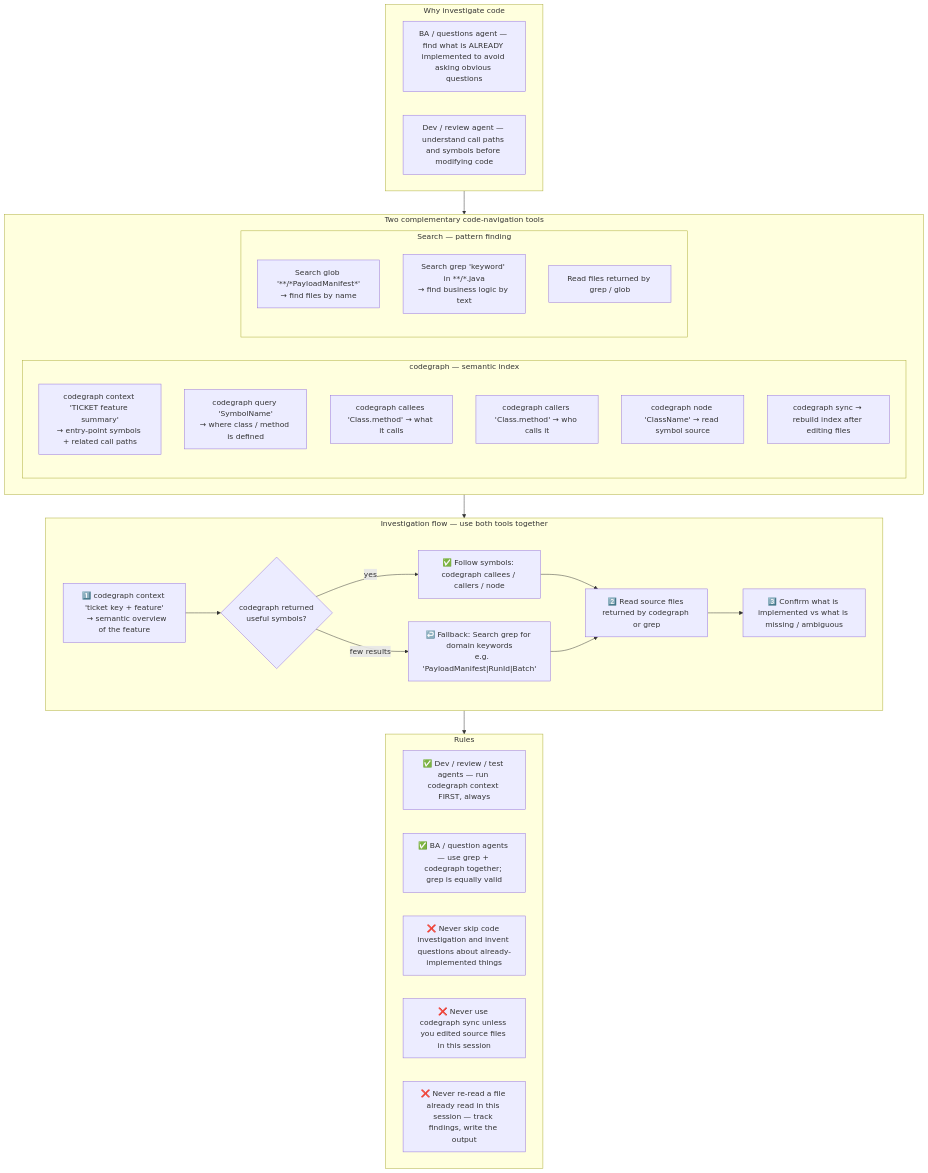
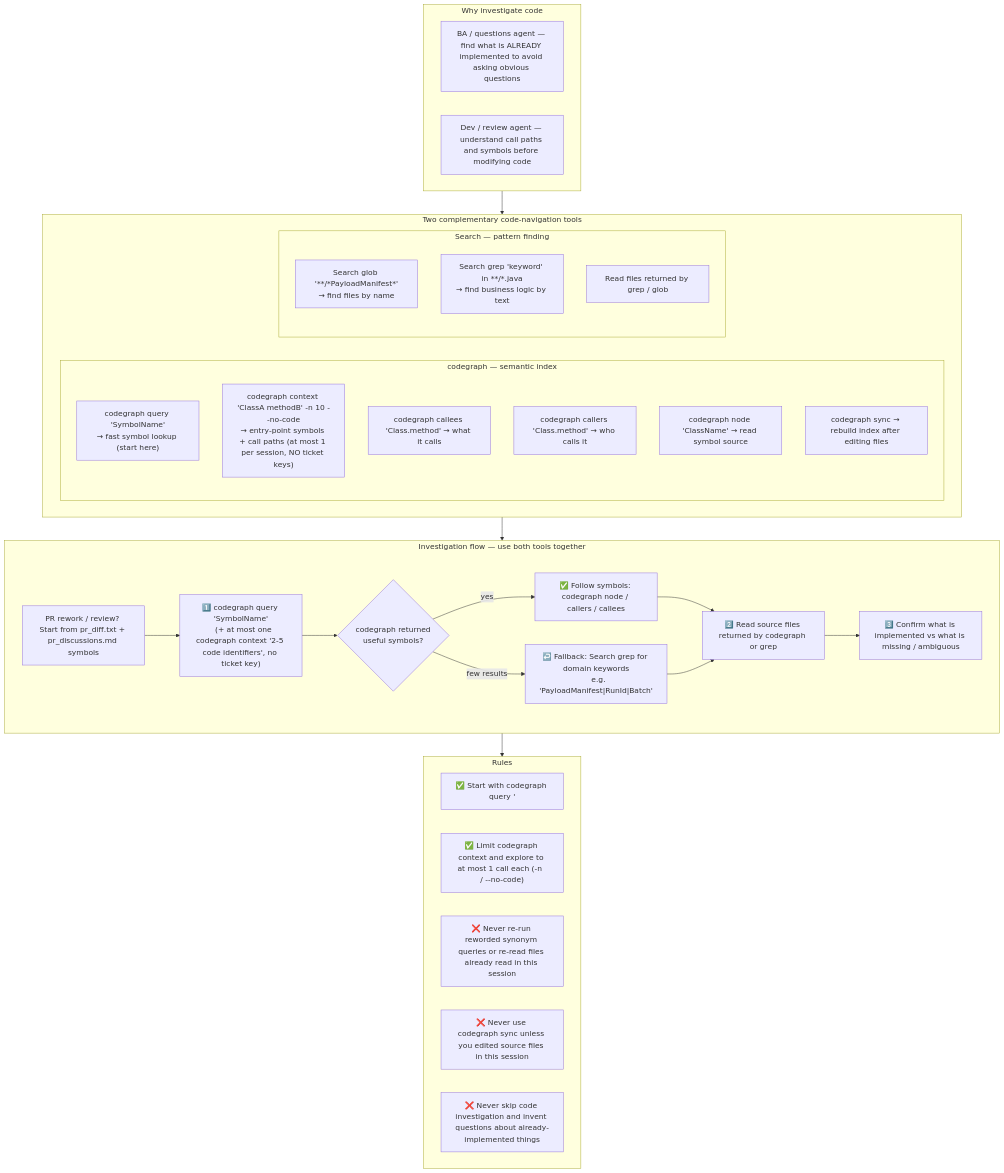
The second of 2 diagrams in snapshots/bug_creation.md (IstiN/dmtools-agents), drawn with Mermaid before and after one commit. The commit also changed other lines of this file and 109 other files, not shown here.

````diff
--- a/snapshots/bug_creation.md
+++ b/snapshots/bug_creation.md
@@ -192,46 +192,47 @@
 ```mermaid
 flowchart TD
     subgraph PURPOSE["Why investigate code"]
         P1["BA / questions agent — find what is ALREADY implemented to avoid asking obvious questions"]
         P2["Dev / review agent — understand call paths and symbols before modifying code"]
     end
 
     subgraph TOOLS["Two complementary code-navigation tools"]
         subgraph CG["codegraph — semantic index"]
-            CG1["codegraph context 'TICKET feature summary'\n→ entry-point symbols + related call paths"]
-            CG2["codegraph query 'SymbolName'\n→ where class / method is defined"]
+            CG2["codegraph query 'SymbolName'\n→ fast symbol lookup (start here)"]
+            CG1["codegraph context 'ClassA methodB' -n 10 --no-code\n→ entry-point symbols + call paths (at most 1 per session, NO ticket keys)"]
             CG3["codegraph callees 'Class.method' → what it calls"]
             CG4["codegraph callers 'Class.method' → who calls it"]
             CG5["codegraph node 'ClassName' → read symbol source"]
             CG6["codegraph sync → rebuild index after editing files"]
         end
         subgraph SR["Search — pattern finding"]
             SR1["Search glob '**/*PayloadManifest*'\n→ find files by name"]
             SR2["Search grep 'keyword' in **/*.java\n→ find business logic by text"]
             SR3["Read files returned by grep / glob"]
         end
     end
 
     subgraph FLOW["Investigation flow — use both tools together"]
-        F1["1️⃣ codegraph context 'ticket key + feature'\n   → semantic overview of the feature"]
+        F0["PR rework / review? Start from pr_diff.txt + pr_discussions.md symbols"]
+        F1["1️⃣ codegraph query 'SymbolName'\n   (+ at most one codegraph context '2-5 code identifiers', no ticket key)"]
         F2{"codegraph returned\nuseful symbols?"}
-        F3["✅ Follow symbols: codegraph callees / callers / node"]
+        F3["✅ Follow symbols: codegraph node / callers / callees"]
         F4["↩️ Fallback: Search grep for domain keywords\n   e.g. 'PayloadManifest|RunId|Batch'"]
         F5["2️⃣ Read source files returned by codegraph or grep"]
         F6["3️⃣ Confirm what is implemented vs what is missing / ambiguous"]
-        F1 --> F2
+        F0 --> F1 --> F2
         F2 -->|yes| F3 --> F5
         F2 -->|few results| F4 --> F5
         F5 --> F6
     end
 
     subgraph RULES["Rules"]
-        R1["✅ Dev / review / test agents — run codegraph context FIRST, always"]
-        R2["✅ BA / question agents — use grep + codegraph together; grep is equally valid"]
-        R3["❌ Never skip code investigation and invent questions about already-implemented things"]
+        R1["✅ Start with codegraph query '<symbol>'; use 2–5 code identifiers, never ticket keys"]
+        R2["✅ Limit codegraph context and explore to at most 1 call each (-n <max-nodes> / --no-code)"]
+        R3["❌ Never re-run reworded synonym queries or re-read files already read in this session"]
         R4["❌ Never use codegraph sync unless you edited source files in this session"]
-        R5["❌ Never re-read a file already read in this session — track findings, write the output"]
+        R5["❌ Never skip code investigation and invent questions about already-implemented things"]
     end
 
     PURPOSE --> TOOLS --> FLOW --> RULES
 ```
````
